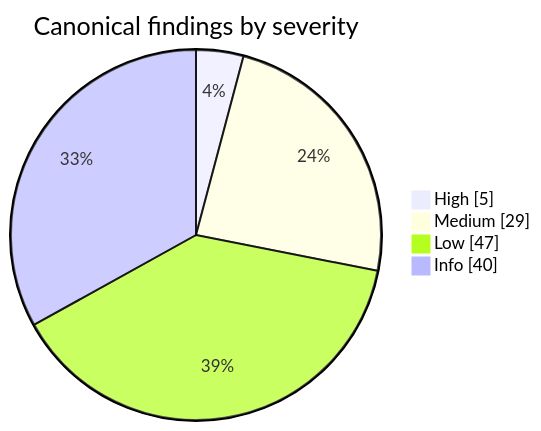
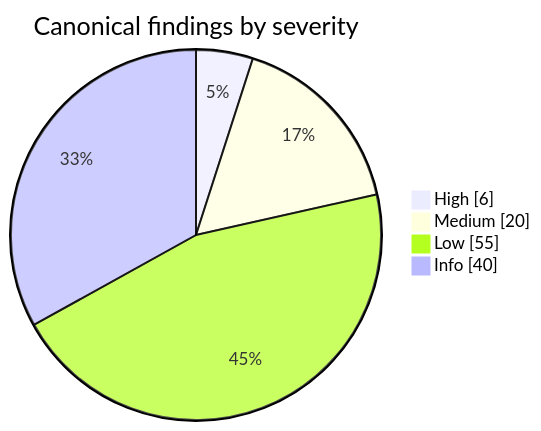
Before and after one commit to BlackBeltTechnology/pi-agent-dashboard: the diagram in docs/security/residual-risks.md, drawn with Mermaid. The commit also changed other lines of this file and 57 other files, not shown here.

````diff
--- a/docs/security/residual-risks.md
+++ b/docs/security/residual-risks.md
@@ -42,7 +43,7 @@
 ```mermaid
 pie showData title Canonical findings by severity
-    "High" : 5
-    "Medium" : 29
-    "Low" : 47
+    "High" : 6
+    "Medium" : 20
+    "Low" : 55
     "Info" : 40
 ```
````
